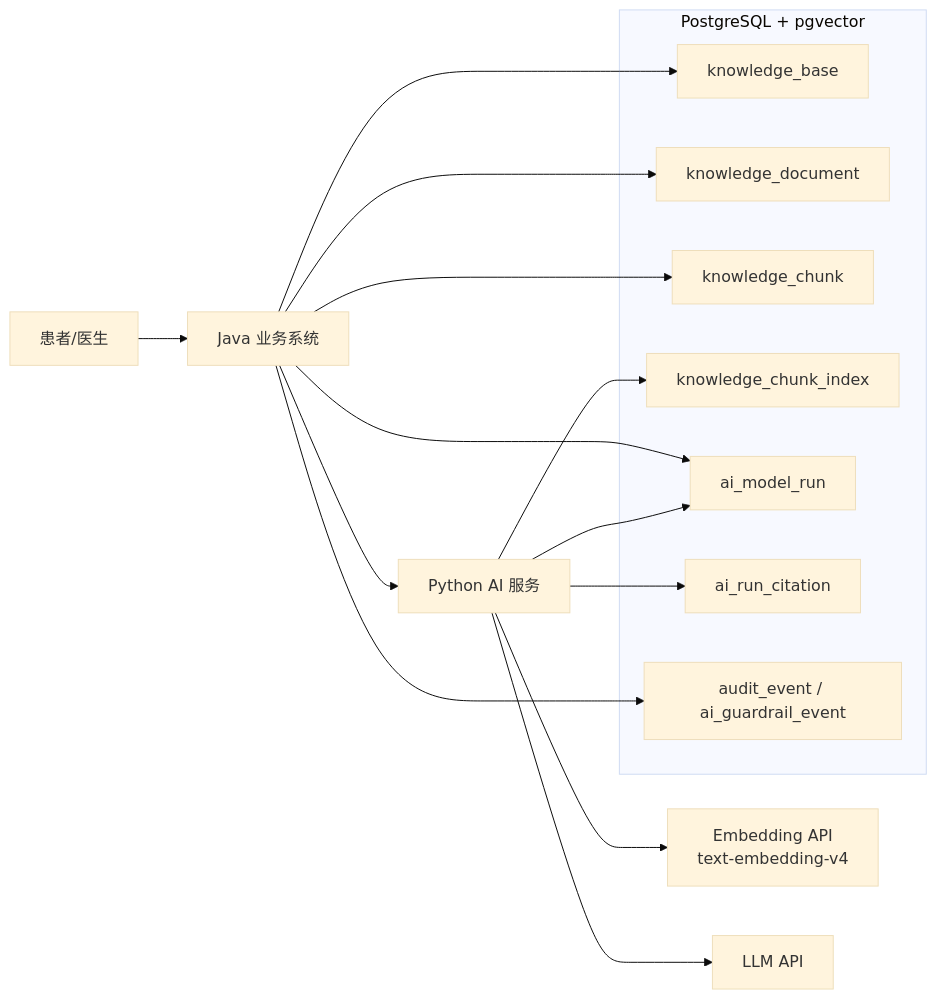
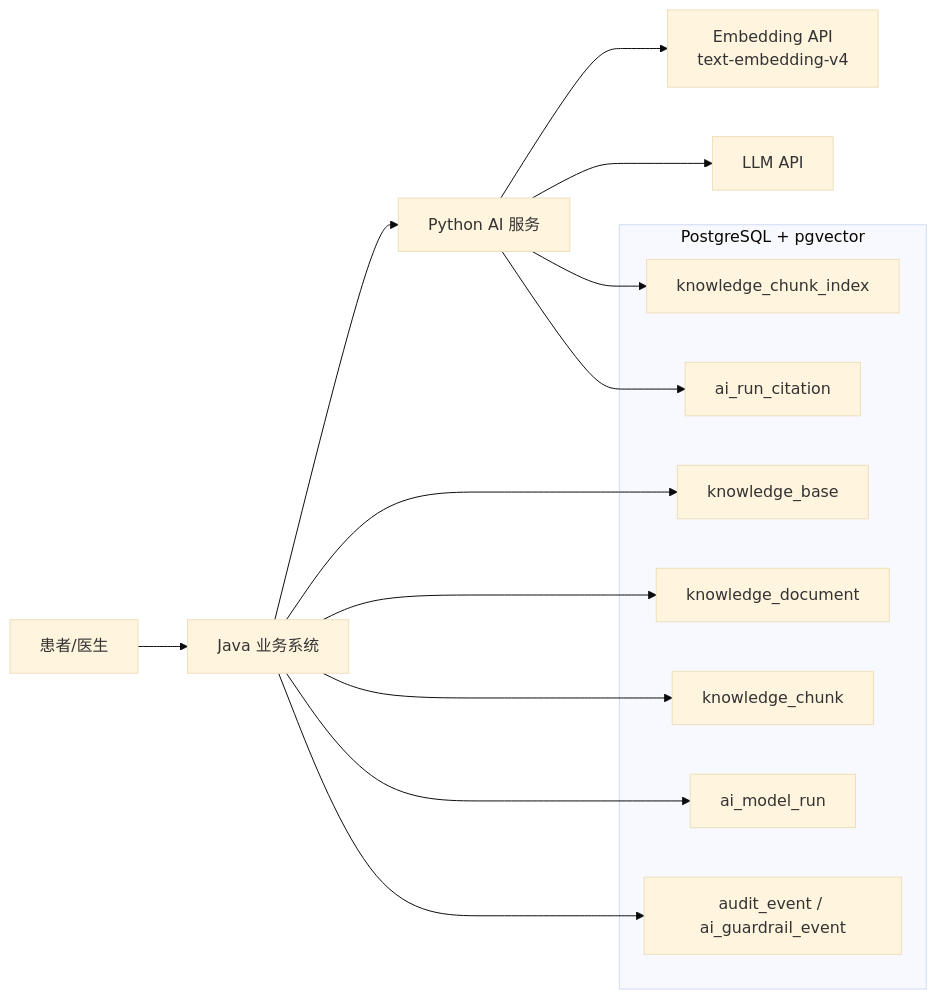
One commit to JianwenShaw/MediAskDocs changed the diagram in docs/20-RAG_DATABASE_PGVECTOR_DESIGN.md. Above: the diagram before and after it, drawn with Mermaid (base theme). The commit also changed other lines of this file and 31 other files, not shown here.

Commit message:
feat: architecture refactor

````diff
--- a/docs/20-RAG_DATABASE_PGVECTOR_DESIGN.md
+++ b/docs/20-RAG_DATABASE_PGVECTOR_DESIGN.md
@@ -51,27 +51,26 @@
 ```mermaid
 flowchart LR
     U[患者/医生] --> J[Java 业务系统]
     J --> P[Python AI 服务]
     P --> E[Embedding API<br/>text-embedding-v4]
     P --> L[LLM API]
 
     subgraph PG[PostgreSQL + pgvector]
         KB[knowledge_base]
         DOC[knowledge_document]
         CH[knowledge_chunk]
         IDX[knowledge_chunk_index]
         RUN[ai_model_run]
         CIT[ai_run_citation]
         AUD[audit_event / ai_guardrail_event]
     end
 
     J --> KB
     J --> DOC
     J --> CH
     J --> RUN
     J --> AUD
 
     P --> IDX
     P --> CIT
-    P --> RUN
 ```
````
